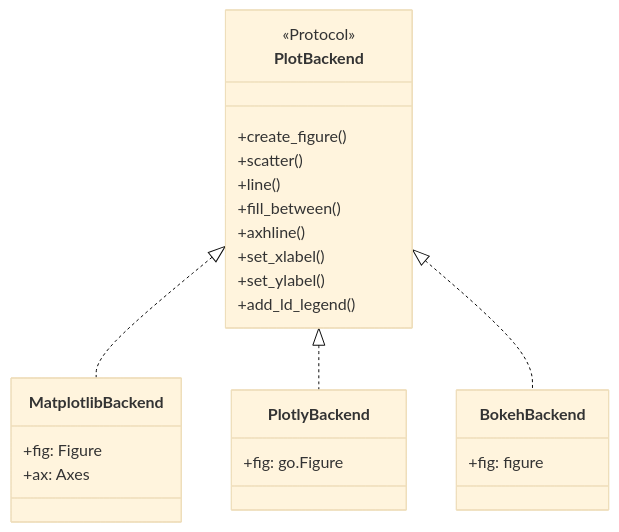
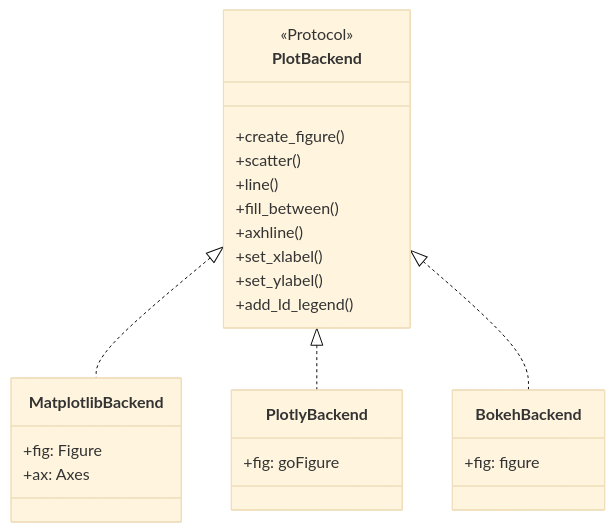
Before and after one commit to michael-denyer/pyLocusZoom: the third of 3 diagrams in docs/ARCHITECTURE.md, drawn with Mermaid (base theme). The commit also changed other lines of this file and 21 other files, not shown here.

````diff
--- a/docs/ARCHITECTURE.md
+++ b/docs/ARCHITECTURE.md
@@ -134,31 +134,31 @@
 ```mermaid
 classDiagram
     class PlotBackend {
         <<Protocol>>
         +create_figure()
         +scatter()
         +line()
         +fill_between()
         +axhline()
         +set_xlabel()
         +set_ylabel()
         +add_ld_legend()
     }
 
     class MatplotlibBackend {
         +fig: Figure
         +ax: Axes
     }
 
     class PlotlyBackend {
-        +fig: go.Figure
+        +fig: goFigure
     }
 
     class BokehBackend {
         +fig: figure
     }
 
     PlotBackend <|.. MatplotlibBackend
     PlotBackend <|.. PlotlyBackend
     PlotBackend <|.. BokehBackend
 ```
````
